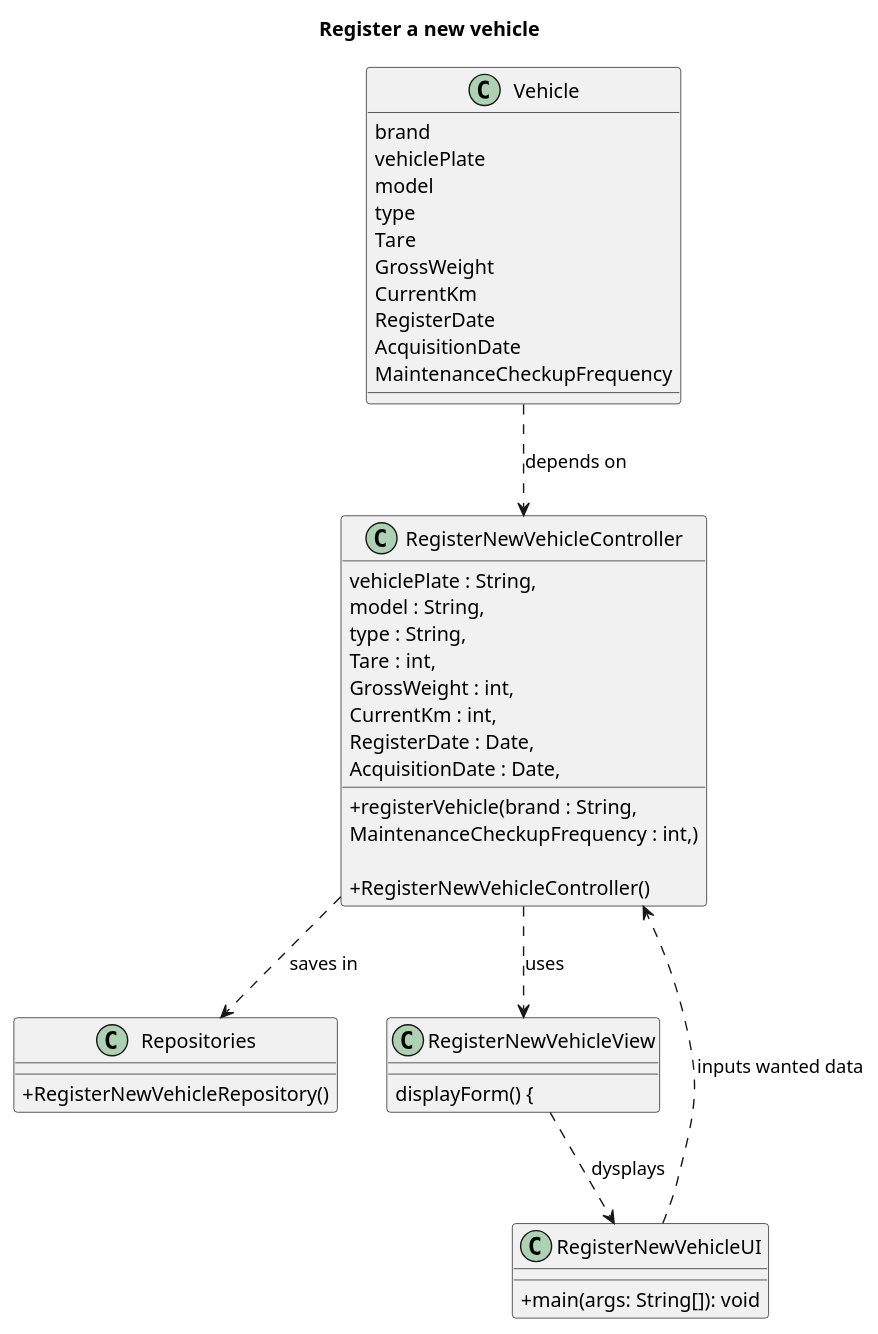
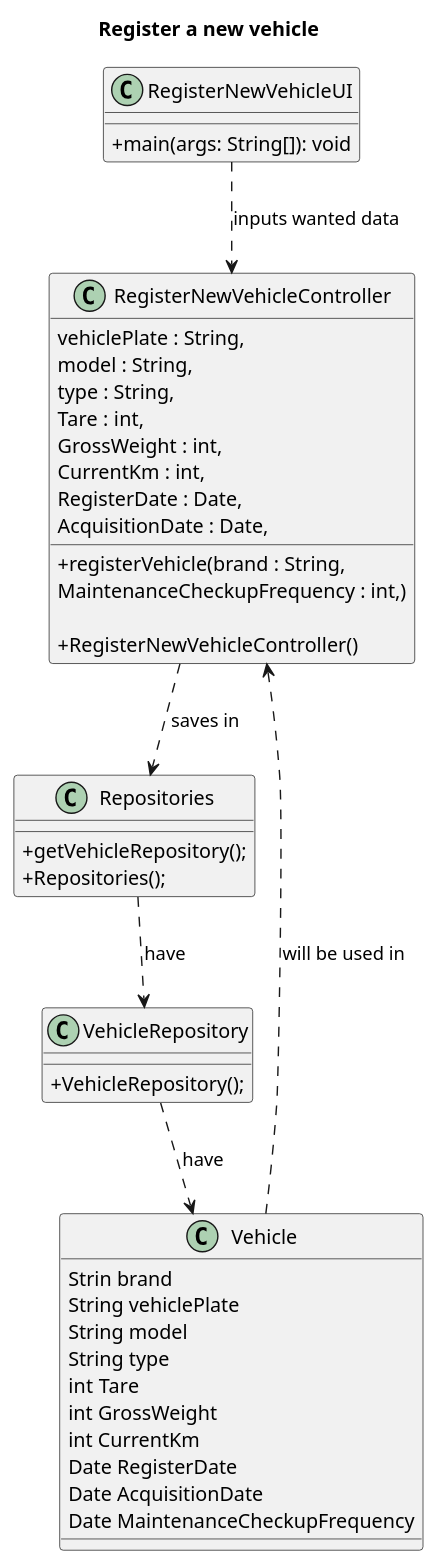
Before and after one commit to Departamento-de-Engenharia-Informatica/lei-24-s2-1dm-g132: the diagram in docs/sprintB/us006/03.design/puml/us006-class-diagram.puml, drawn with PlantUML. The commit also changed 1 other file, not shown here.

Commit message:
Changes in the us 002 and us 006 Class diagram

```diff
--- a/docs/sprintB/us006/03.design/puml/us006-class-diagram.puml
+++ b/docs/sprintB/us006/03.design/puml/us006-class-diagram.puml
@@ -1,51 +1,53 @@
 @startuml
 title Register a new vehicle
 
 skinparam classAttributeIconSize 0
 
 
 class RegisterNewVehicleController {
     + registerVehicle(brand : String,
                            vehiclePlate : String,
                            model : String,
                            type : String,
                            Tare : int,
                            GrossWeight : int,
                            CurrentKm : int,
                            RegisterDate : Date,
                            AcquisitionDate : Date,
                            MaintenanceCheckupFrequency : int,)
 
                            + RegisterNewVehicleController()
      }
 
 class RegisterNewVehicleUI {
     +main(args: String[]): void
 }
 
 class Repositories{
-    + RegisterNewVehicleRepository()
+    + getVehicleRepository();
+    +Repositories();
+
 }
-class RegisterNewVehicleView {
-    displayForm() {
-    }
+class VehicleRepository{
+    + VehicleRepository();
+}
 
 class Vehicle {
-    brand
-    vehiclePlate
-    model
-    type
-    Tare
-    GrossWeight
-    CurrentKm
-    RegisterDate
-    AcquisitionDate
-    MaintenanceCheckupFrequency
+    Strin brand
+    String vehiclePlate
+    String model
+    String type
+    int Tare
+    int GrossWeight
+    int CurrentKm
+    Date RegisterDate
+    Date AcquisitionDate
+    Date MaintenanceCheckupFrequency
 }
 
 RegisterNewVehicleUI ..> RegisterNewVehicleController : inputs wanted data
 RegisterNewVehicleController ..> Repositories : «saves in»
-Vehicle ..> RegisterNewVehicleController : «depends on»
-RegisterNewVehicleController ..> RegisterNewVehicleView : «uses»
-RegisterNewVehicleView..> RegisterNewVehicleUI : dysplays
+Vehicle ..> RegisterNewVehicleController : will be used in
+Repositories ..> VehicleRepository : have
+VehicleRepository ..> Vehicle : have
 @enduml
```
